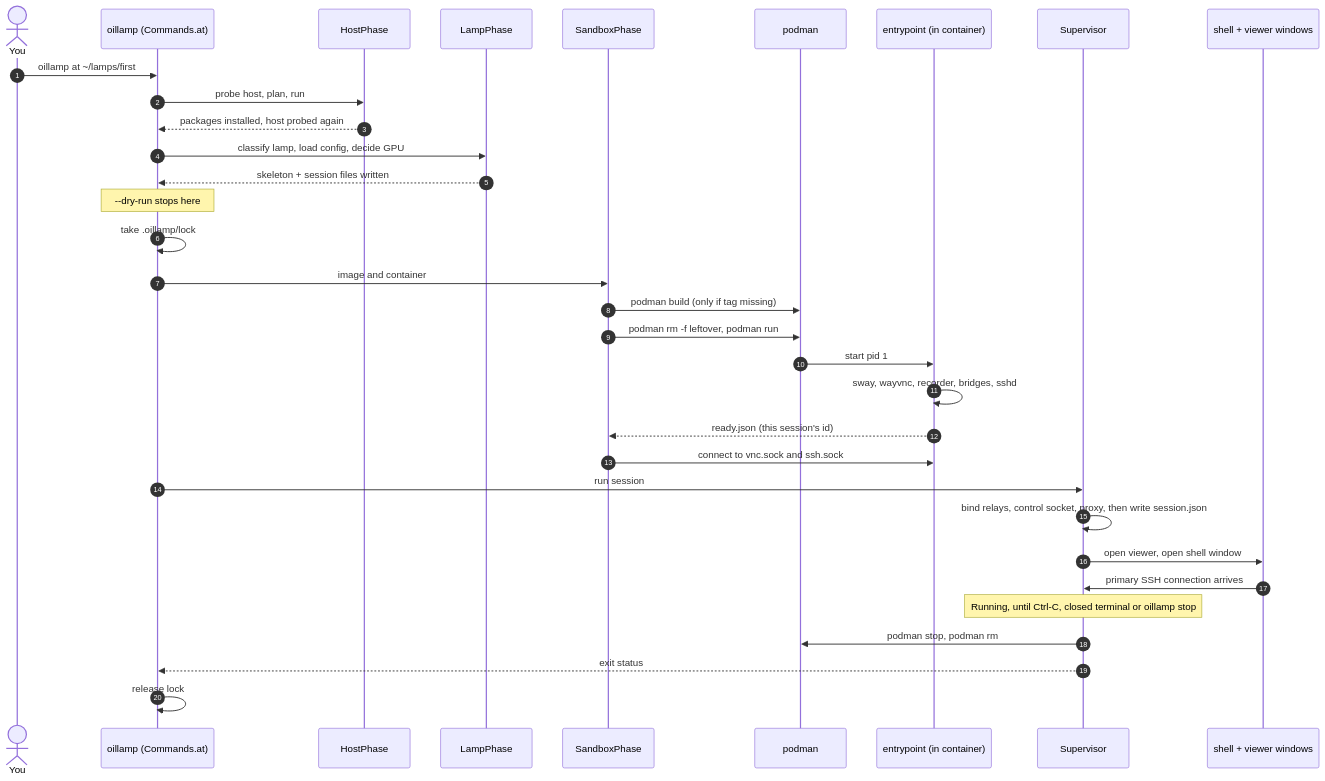
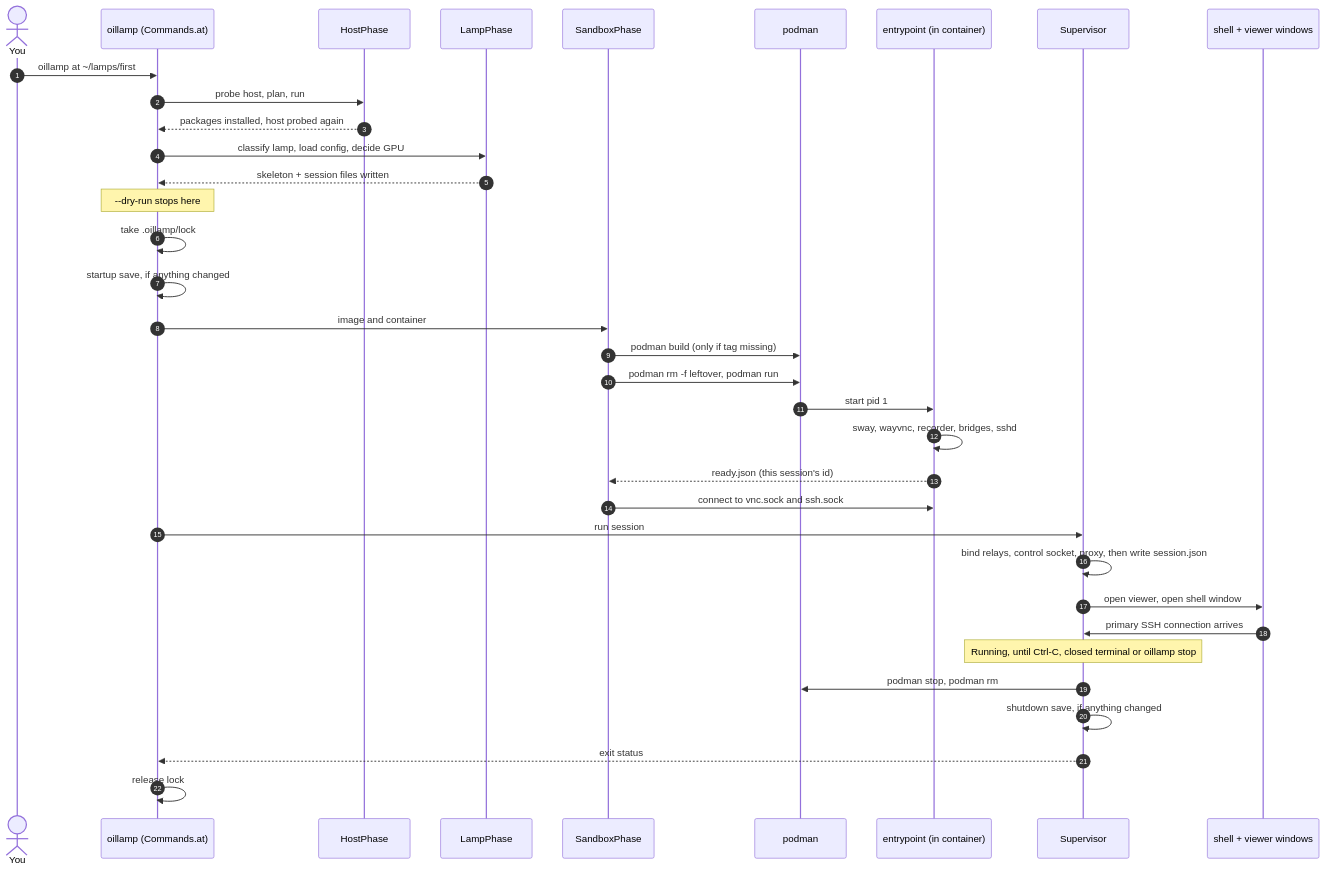
Before and after one commit to Gleethos/oillamp: the fourth of 6 diagrams in docs/ARCHITECTURE.md, drawn with Mermaid. The commit also changed other lines of this file and 3 other files, not shown here.

````diff
--- a/docs/ARCHITECTURE.md
+++ b/docs/ARCHITECTURE.md
@@ -327,36 +403,38 @@
 ```mermaid
 sequenceDiagram
     autonumber
     actor You
     participant O as oillamp (Commands.at)
     participant H as HostPhase
     participant L as LampPhase
     participant S as SandboxPhase
     participant P as podman
     participant E as entrypoint (in container)
     participant V as Supervisor
     participant W as shell + viewer windows
 
     You->>O: oillamp at ~/lamps/first
     O->>H: probe host, plan, run
     H-->>O: packages installed, host probed again
     O->>L: classify lamp, load config, decide GPU
     L-->>O: skeleton + session files written
     Note over O: --dry-run stops here
     O->>O: take .oillamp/lock
+    O->>O: startup save, if anything changed
     O->>S: image and container
     S->>P: podman build (only if tag missing)
     S->>P: podman rm -f leftover, podman run
     P->>E: start pid 1
     E->>E: sway, wayvnc, recorder, bridges, sshd
     E-->>S: ready.json (this session's id)
     S->>E: connect to vnc.sock and ssh.sock
     O->>V: run session
     V->>V: bind relays, control socket, proxy, then write session.json
     V->>W: open viewer, open shell window
     W->>V: primary SSH connection arrives
     Note over V: Running, until Ctrl-C, closed terminal or oillamp stop
     V->>P: podman stop, podman rm
+    V->>V: shutdown save, if anything changed
     V-->>O: exit status
     O->>O: release lock
 ```
````
